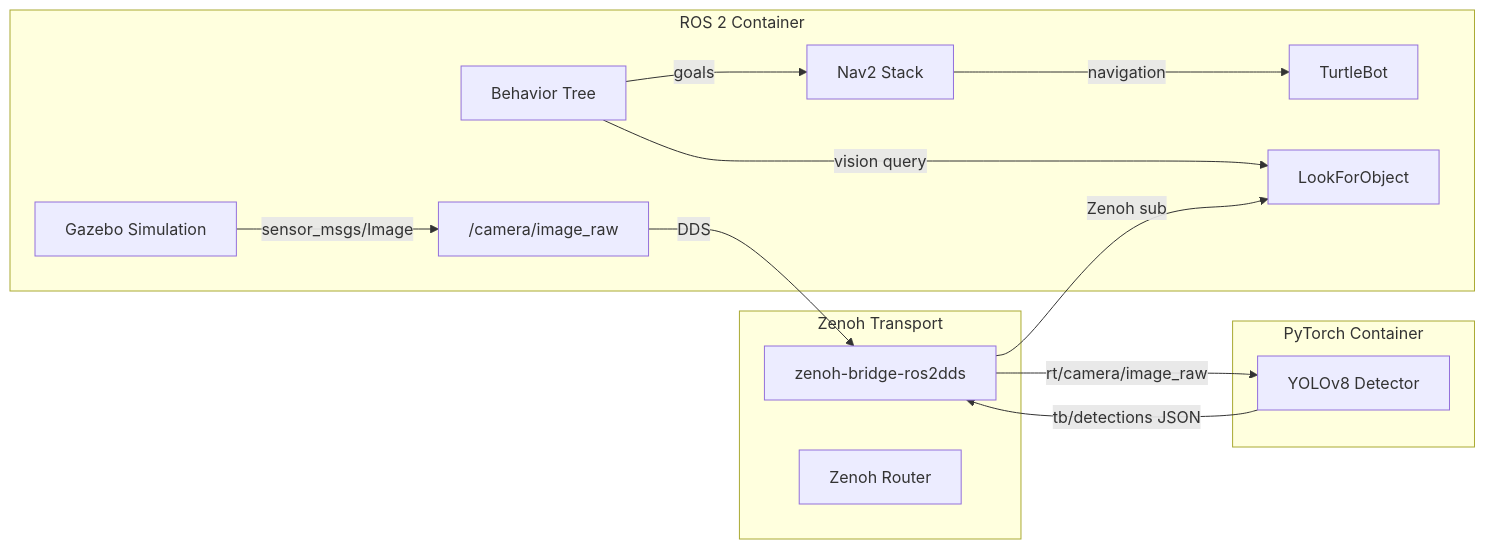
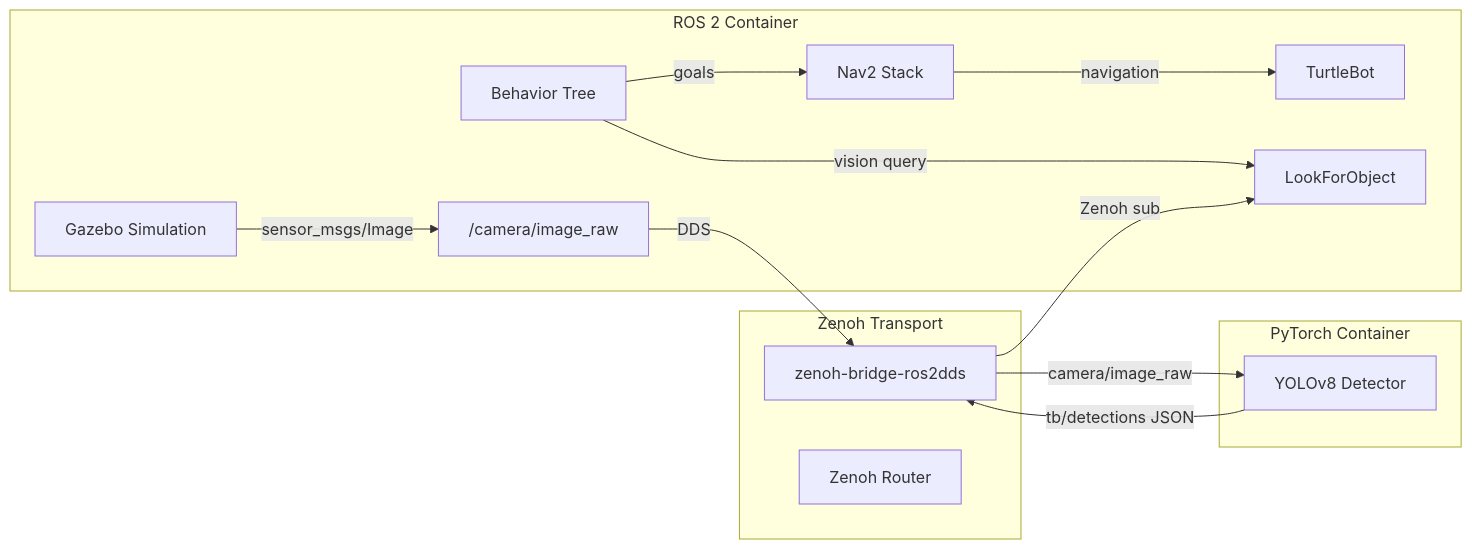
The first of 3 diagrams in README.md (pantelis/turtlebot-maze), drawn with Mermaid before and after one commit. The commit also changed other lines of this file and 10 other files, not shown here.

````diff
--- a/README.md
+++ b/README.md
@@ -18,23 +18,23 @@
 ```mermaid
 graph LR
     subgraph ROS 2 Container
         GAZ["Gazebo Simulation"] -->|"sensor_msgs/Image"| CAM["/camera/image_raw"]
         NAV["Nav2 Stack"] -->|navigation| TB["TurtleBot"]
         BT["Behavior Tree"] -->|goals| NAV
         BT -->|"vision query"| VIS["LookForObject"]
     end
 
     subgraph Zenoh Transport
         ZB["zenoh-bridge-ros2dds"]
         ZR["Zenoh Router"]
     end
 
     subgraph PyTorch Container
         DET["YOLOv8 Detector"]
     end
 
     CAM -->|DDS| ZB
-    ZB -->|"rt/camera/image_raw"| DET
+    ZB -->|"camera/image_raw"| DET
     DET -->|"tb/detections JSON"| ZB
     ZB -->|"Zenoh sub"| VIS
 ```
````
